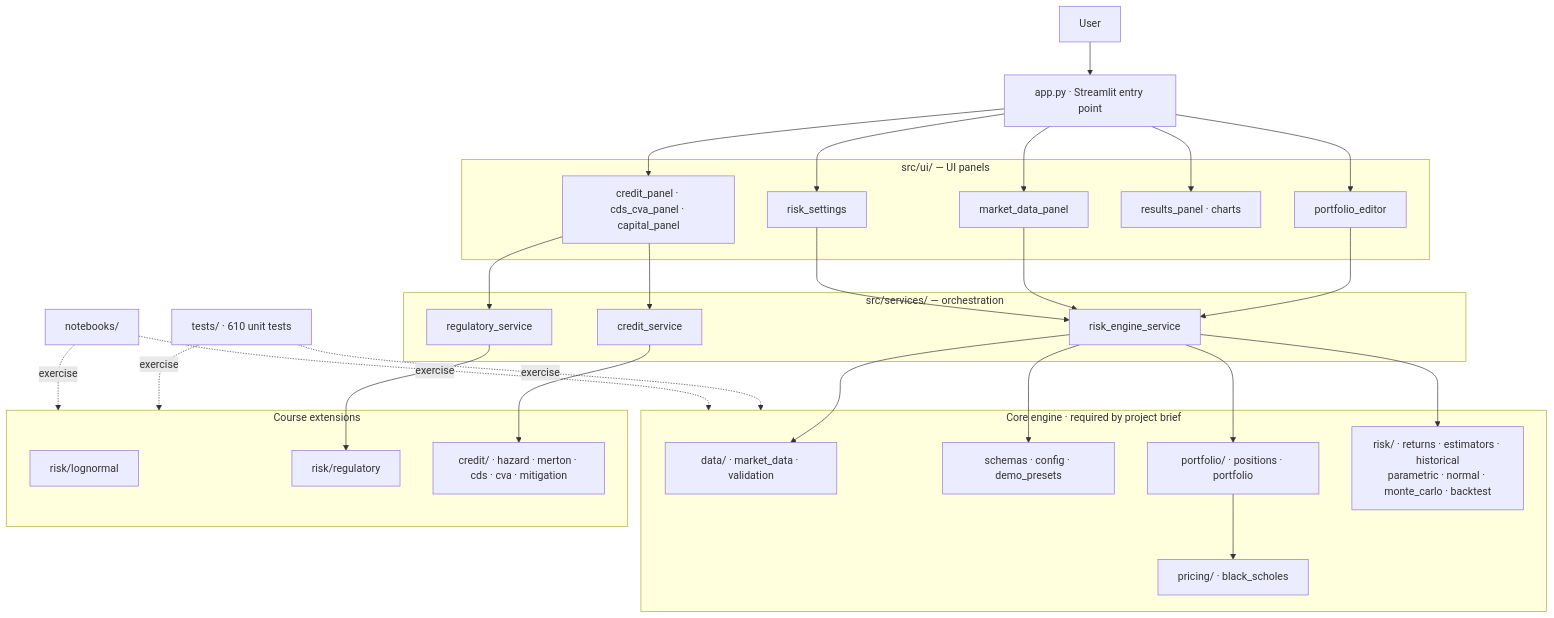
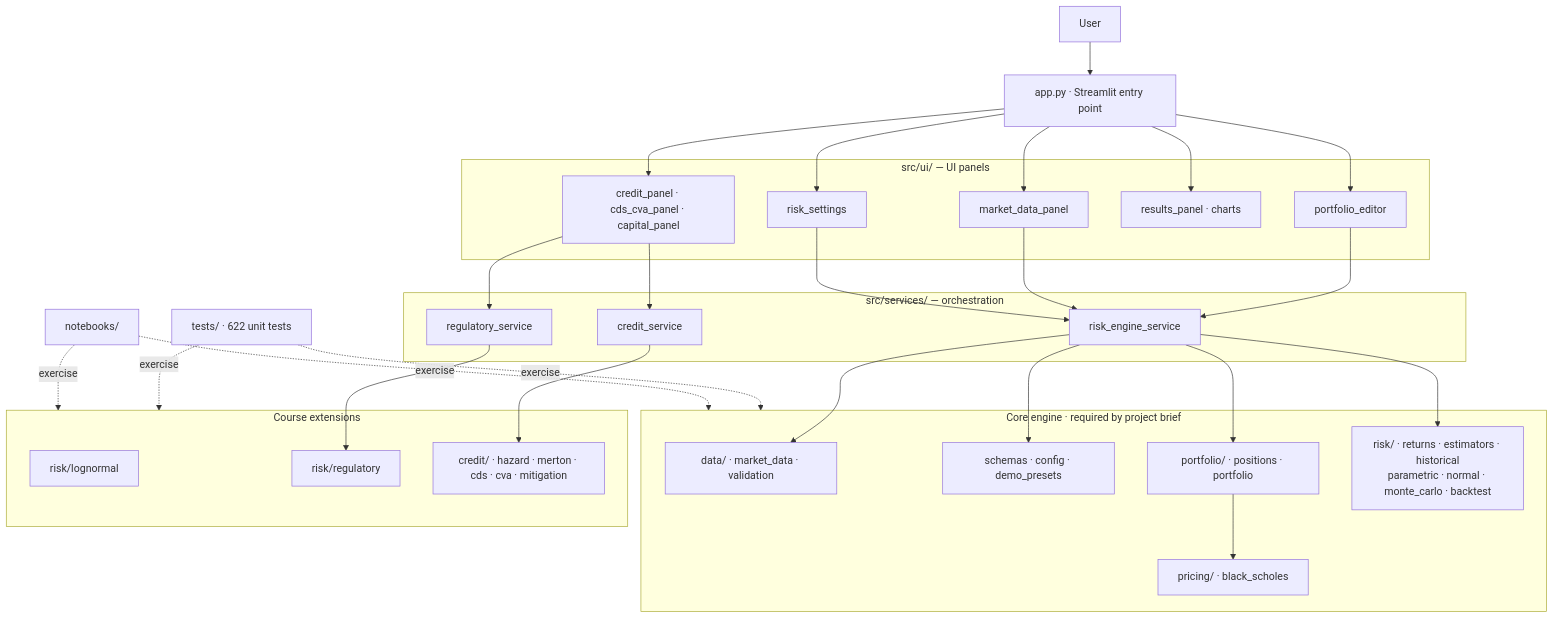
One commit to nl2992/MATH5320 changed the first of 3 diagrams in submission/01_model_documentation.md. Above: the diagram before and after it, drawn with Mermaid. The commit also changed other lines of this file and 3 other files, not shown here.

````diff
--- a/submission/01_model_documentation.md
+++ b/submission/01_model_documentation.md
@@ -286,47 +287,47 @@
 ```mermaid
 flowchart TB
     U["User"] --> APP["app.py · Streamlit entry point"]
 
     subgraph UI["src/ui/ — UI panels"]
         PE["portfolio_editor"]
         MD["market_data_panel"]
         RS["risk_settings"]
         RP["results_panel · charts"]
         XUI["credit_panel · cds_cva_panel · capital_panel"]
     end
 
     subgraph SVC["src/services/ — orchestration"]
         RSE["risk_engine_service"]
         CRS["credit_service"]
         RGS["regulatory_service"]
     end
 
     subgraph CORE["Core engine  ·  required by project brief"]
         DAT["data/ · market_data · validation"]
         CFG["schemas · config · demo_presets"]
         PRT["portfolio/ · positions · portfolio"]
         BSM["pricing/ · black_scholes"]
         RSK["risk/ · returns · estimators · historical<br/>parametric · normal · monte_carlo · backtest"]
     end
 
     subgraph EXT["Course extensions"]
         LOG["risk/lognormal"]
         REG["risk/regulatory"]
         CRD["credit/ · hazard · merton · cds · cva · mitigation"]
     end
 
     APP --> PE & MD & RS & RP & XUI
 
     PE --> RSE
     MD --> RSE
     RS --> RSE
     XUI --> CRS & RGS
 
     RSE --> DAT & CFG & PRT & RSK
     PRT --> BSM
     CRS --> CRD
     RGS --> REG
 
-    TST["tests/ · 610 unit tests"] -. exercise .-> CORE & EXT
+    TST["tests/ · 622 unit tests"] -. exercise .-> CORE & EXT
     NB["notebooks/"] -. exercise .-> CORE & EXT
 ```
````
